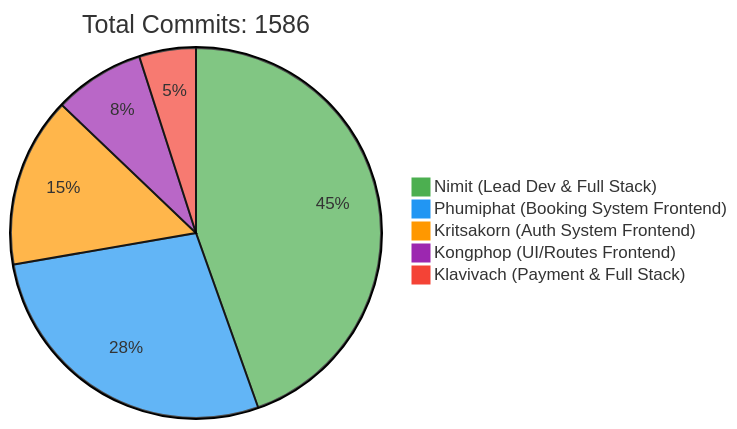
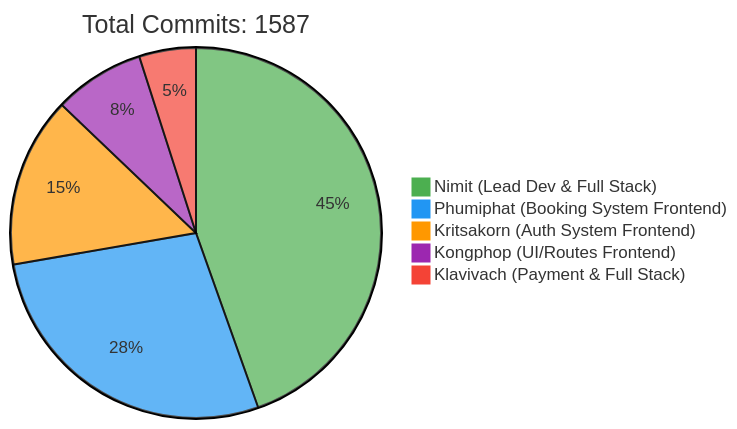
Before and after one commit to 6531503042/Sport-Complex: the first of 2 diagrams in README.md, drawn with Mermaid. The commit also changed other lines of this file, not shown here.

Commit message:
docs: Update contributor statistics [skip ci]

````diff
--- a/README.md
+++ b/README.md
@@ -257,10 +257,10 @@
 ```mermaid
 %%{init: {'theme': 'base', 'themeVariables': { 'pie1': '#4CAF50', 'pie2': '#2196F3', 'pie3': '#FF9800', 'pie4': '#9C27B0', 'pie5': '#F44336'}}}%%
 pie
-    title Total Commits: 1586
+    title Total Commits: 1587
     "Nimit (Lead Dev & Full Stack)" : 450
     "Phumiphat (Booking System Frontend)" : 280
     "Kritsakorn (Auth System Frontend)" : 150
     "Kongphop (UI/Routes Frontend)" : 80
     "Klavivach (Payment & Full Stack)" : 50
 ```
````
